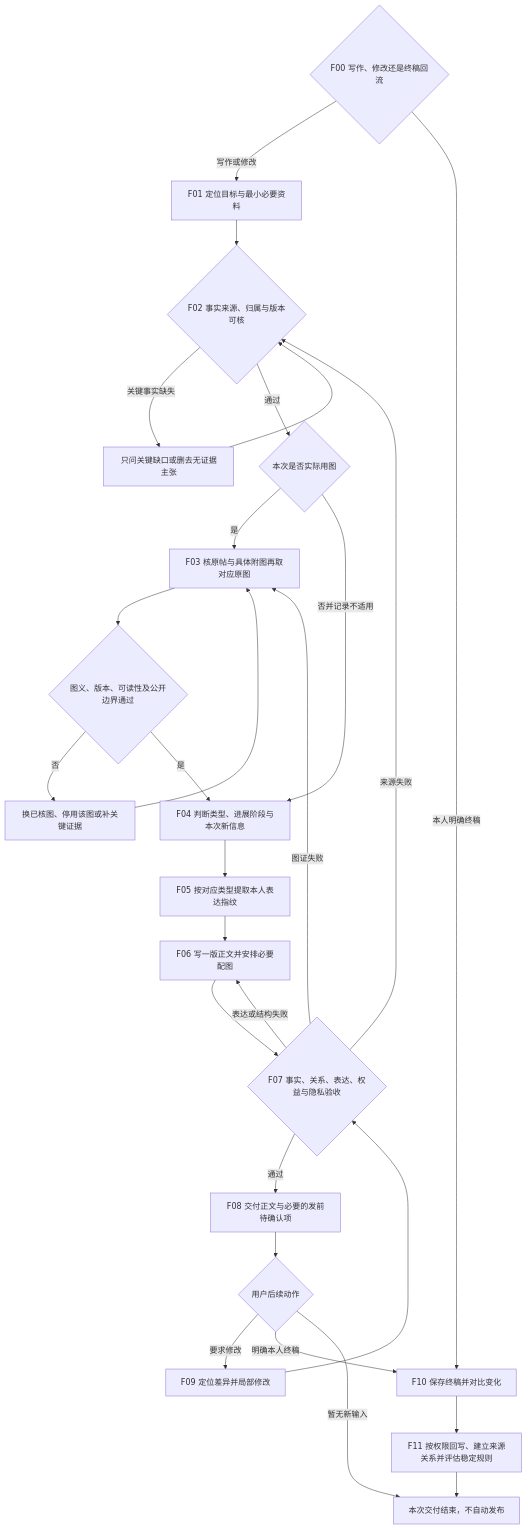
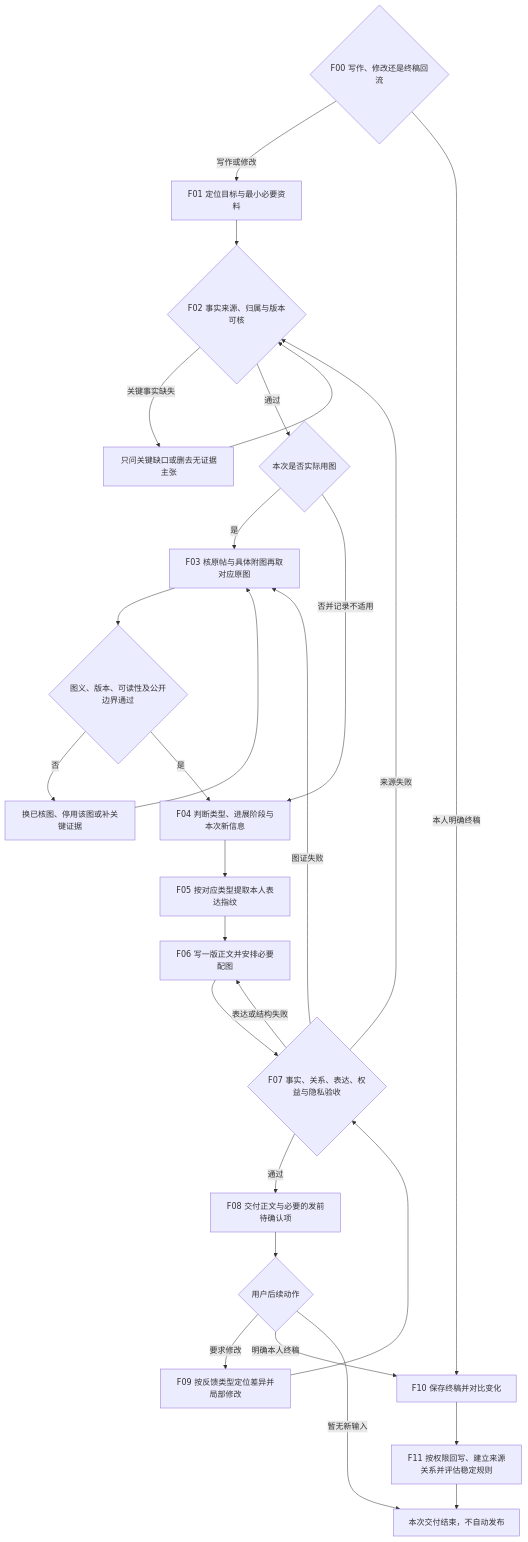
One commit to banmu23/banmu-skills changed the diagram in plugins/wechat-moments-copywriter/skills/wechat-moments-copywriter/references/workflow.md. Above: the diagram before and after it, drawn with Mermaid. The commit also changed other lines of this file and 18 other files, not shown here.

````diff
--- a/plugins/wechat-moments-copywriter/skills/wechat-moments-copywriter/references/workflow.md
+++ b/plugins/wechat-moments-copywriter/skills/wechat-moments-copywriter/references/workflow.md
@@ -5,29 +5,29 @@
 ```mermaid
 flowchart TD
  F00{F00 写作、修改还是终稿回流} -->|写作或修改| F01[F01 定位目标与最小必要资料]
  F00 -->|本人明确终稿| F10[F10 保存终稿并对比变化]
  F01 --> F02{F02 事实来源、归属与版本可核}
  F02 -->|关键事实缺失| B02[只问关键缺口或删去无证据主张]
  B02 --> F02
  F02 -->|通过| Q03{本次是否实际用图}
  Q03 -->|是| F03[F03 核原帖与具体附图再取对应原图]
  F03 --> Q04{图义、版本、可读性及公开边界通过}
  Q04 -->|否| B03[换已核图、停用该图或补关键证据]
  B03 --> F03
  Q04 -->|是| F04[F04 判断类型、进展阶段与本次新信息]
  Q03 -->|否并记录不适用| F04
  F04 --> F05[F05 按对应类型提取本人表达指纹]
  F05 --> F06[F06 写一版正文并安排必要配图]
  F06 --> F07{F07 事实、关系、表达、权益与隐私验收}
  F07 -->|来源失败| F02
  F07 -->|图证失败| F03
  F07 -->|表达或结构失败| F06
  F07 -->|通过| F08[F08 交付正文与必要的发前待确认项]
  F08 --> Q09{用户后续动作}
- Q09 -->|要求修改| F09[F09 定位差异并局部修改]
+ Q09 -->|要求修改| F09[F09 按反馈类型定位差异并局部修改]
  F09 --> F07
  Q09 -->|明确本人终稿| F10
  Q09 -->|暂无新输入| END[本次交付结束，不自动发布]
  F10 --> F11[F11 按权限回写、建立来源关系并评估稳定规则]
  F11 --> END
 ```
````
